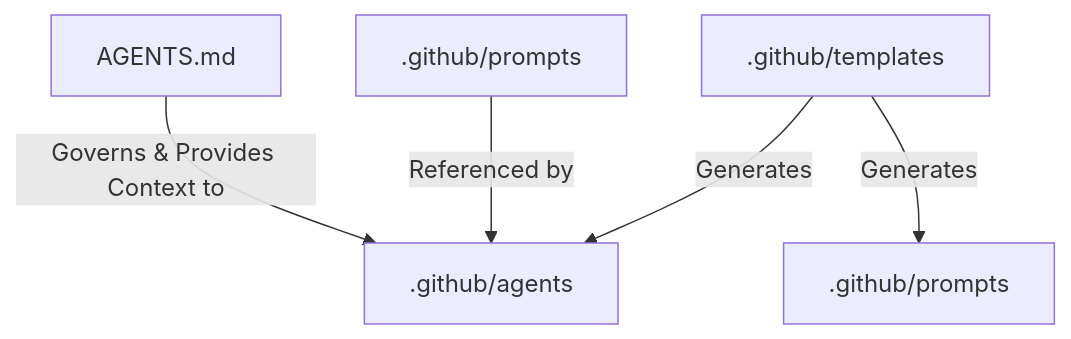
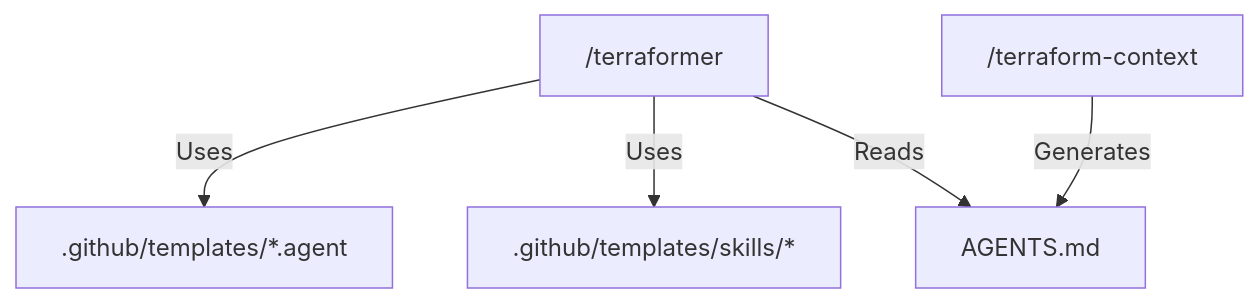
The diagram in agents-docs/directory-structure.md (LongbowXXX/terraformer), drawn with Mermaid before and after one commit. The commit also changed other lines of this file and 7 other files, not shown here.

Commit message:
feat: Add AI agent knowledge base documentation and core Terraformer prompt definitions.

````diff
--- a/agents-docs/directory-structure.md
+++ b/agents-docs/directory-structure.md
@@ -48,7 +61,8 @@
 ```mermaid
 graph TD
-    Templates[.github/templates] -->|Generates| Agents[.github/agents]
-    Templates -->|Generates| Skills[.github/prompts]
-    Prompts[.github/prompts] -->|Referenced by| Agents
-    AGENTS[AGENTS.md] -->|Governs & Provides Context to| Agents
+    Entry["/terraformer"] -->|Uses| AgentTemplates[".github/templates/*.agent"]
+    Entry -->|Uses| SkillTemplates[".github/templates/skills/*"]
+    Entry -->|Reads| AGENTS["AGENTS.md"]
+
+    Context["/terraform-context"] -->|Generates| AGENTS
 ```
````
